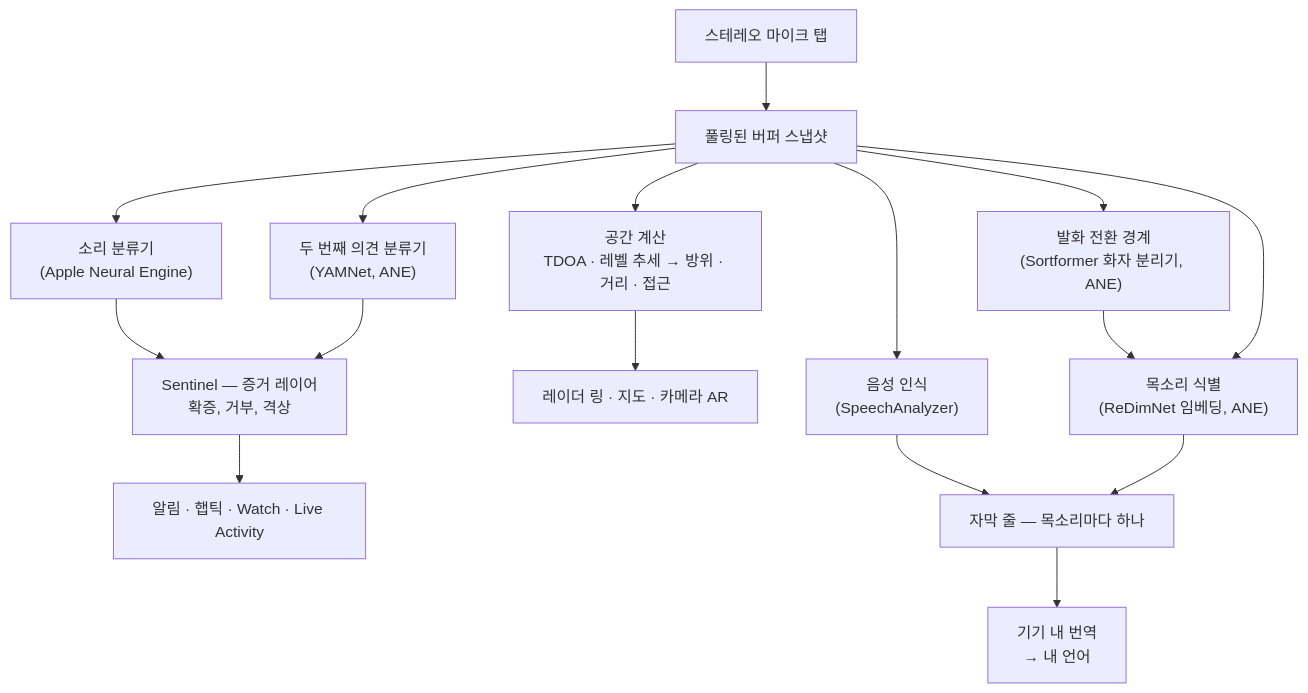
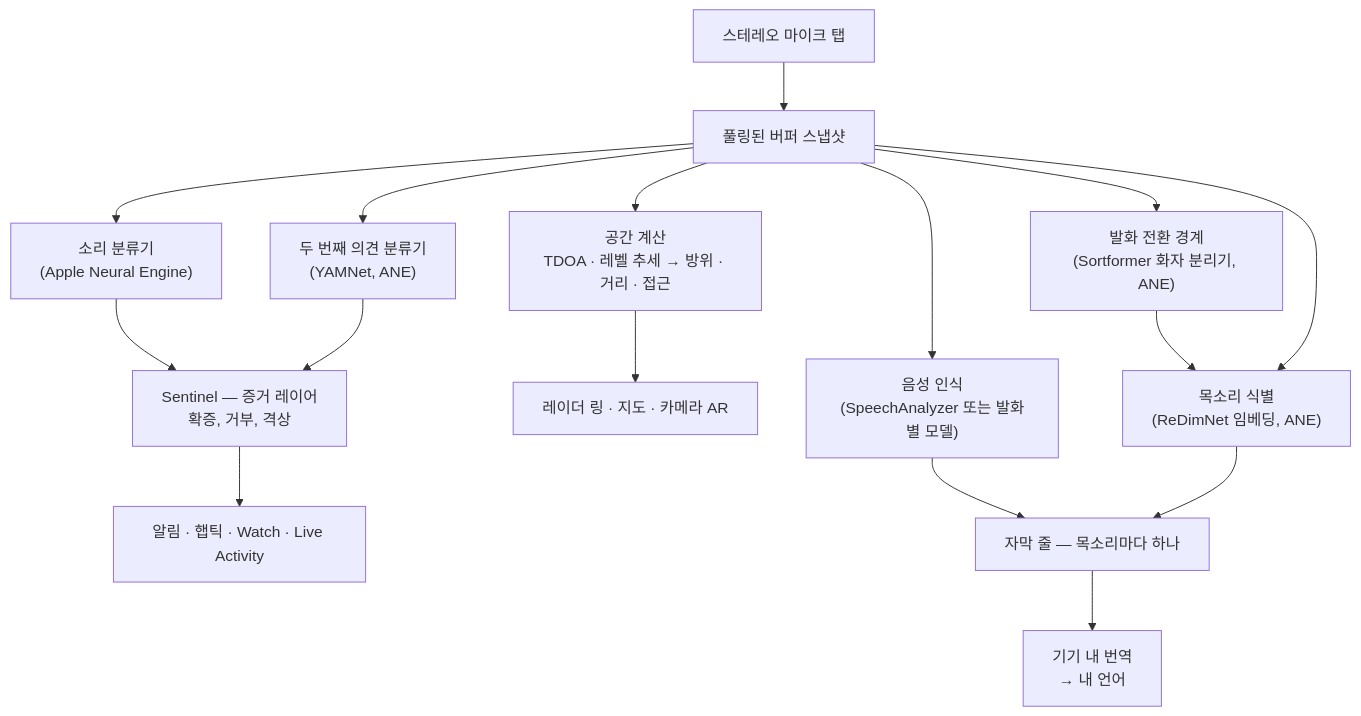
The second of 4 diagrams in README_ko.md (rpalm01-star/VigilantEarLegal), drawn with Mermaid before and after one commit. The commit also changed other lines of this file and 14 other files, not shown here.

````diff
--- a/README_ko.md
+++ b/README_ko.md
@@ -134,18 +145,18 @@
 ```mermaid
 graph TD
     A["스테레오 마이크 탭"] --> B["풀링된 버퍼 스냅샷"]
     B --> C["소리 분류기<br/>(Apple Neural Engine)"]
     B --> Y["두 번째 의견 분류기<br/>(YAMNet, ANE)"]
     C --> S["Sentinel — 증거 레이어<br/>확증, 거부, 격상"]
     Y --> S
     S --> H["알림 · 햅틱 · Watch · Live Activity"]
     B --> D["공간 계산<br/>TDOA · 레벨 추세 → 방위 · 거리 · 접근"]
     D --> R["레이더 링 · 지도 · 카메라 AR"]
-    B --> F["음성 인식<br/>(SpeechAnalyzer)"]
+    B --> F["음성 인식<br/>(SpeechAnalyzer 또는 발화별 모델)"]
     B --> N["발화 전환 경계<br/>(Sortformer 화자 분리기, ANE)"]
     N --> E["목소리 식별<br/>(ReDimNet 임베딩, ANE)"]
     B --> E
     F --> G["자막 줄 — 목소리마다 하나"]
     E --> G
     G --> T["기기 내 번역<br/>→ 내 언어"]
 ```
````
